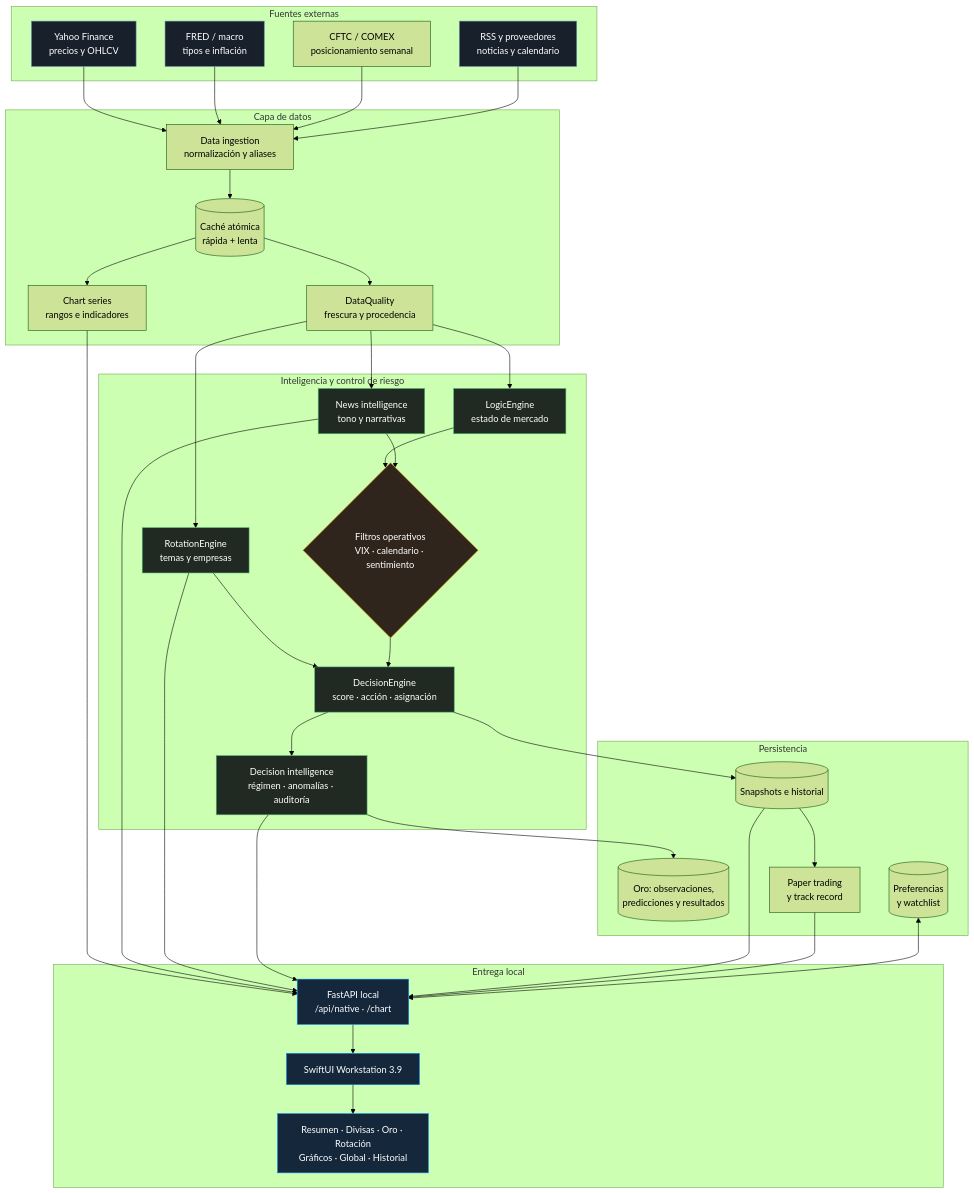
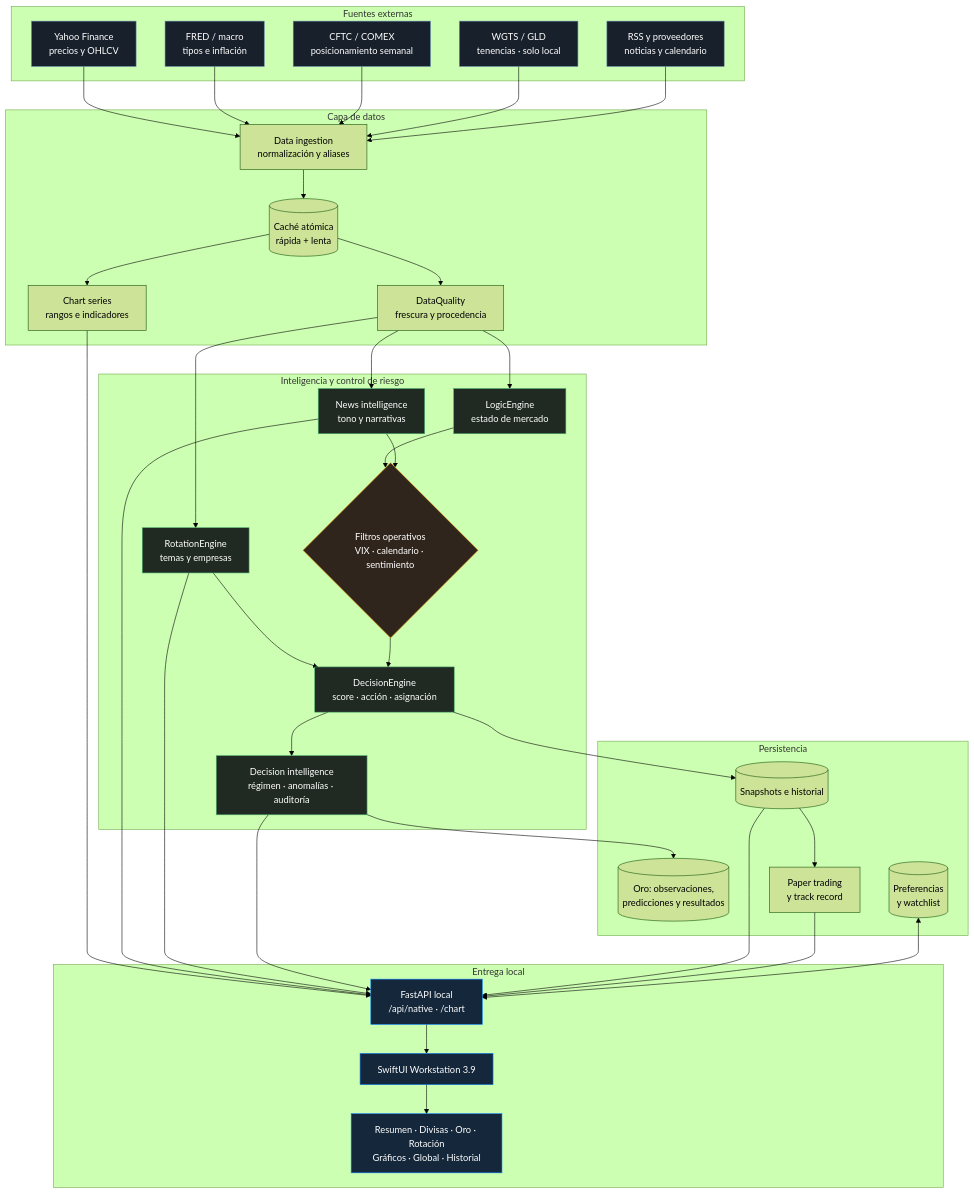
The diagram in README.md (MarcOrtiz21/NEXUS), drawn with Mermaid (forest theme) before and after one commit. The commit also changed other lines of this file and 16 other files, not shown here.

````diff
--- a/README.md
+++ b/README.md
@@ -115,72 +120,74 @@
 ```mermaid
 flowchart TB
     subgraph sources["Fuentes externas"]
         YF["Yahoo Finance<br/>precios y OHLCV"]
         FRED["FRED / macro<br/>tipos e inflación"]
         CFTC["CFTC / COMEX<br/>posicionamiento semanal"]
+        GLDH["WGTS / GLD<br/>tenencias · solo local"]
         RSS["RSS y proveedores<br/>noticias y calendario"]
     end
 
     subgraph data["Capa de datos"]
         ING["Data ingestion<br/>normalización y aliases"]
         CACHE[("Caché atómica<br/>rápida + lenta")]
         QUALITY["DataQuality<br/>frescura y procedencia"]
         SERIES["Chart series<br/>rangos e indicadores"]
     end
 
     subgraph intelligence["Inteligencia y control de riesgo"]
         LOGIC["LogicEngine<br/>estado de mercado"]
         RISK{"Filtros operativos<br/>VIX · calendario · sentimiento"}
         ROTATION["RotationEngine<br/>temas y empresas"]
         NEWS["News intelligence<br/>tono y narrativas"]
         DECISION["DecisionEngine<br/>score · acción · asignación"]
         EXPLAIN["Decision intelligence<br/>régimen · anomalías · auditoría"]
     end
 
     subgraph persistence["Persistencia"]
         HISTORY[("Snapshots e historial")]
         GOLDHISTORY[("Oro: observaciones,<br/>predicciones y resultados")]
         PAPER["Paper trading<br/>y track record"]
         SETTINGS[("Preferencias<br/>y watchlist")]
     end
 
     subgraph delivery["Entrega local"]
         API["FastAPI local<br/>/api/native · /chart"]
         UI["SwiftUI Workstation 3.9"]
         VIEWS["Resumen · Divisas · Oro · Rotación<br/>Gráficos · Global · Historial"]
     end
 
     YF --> ING
     FRED --> ING
     CFTC --> ING
+    GLDH --> ING
     RSS --> ING
     ING --> CACHE --> QUALITY
     CACHE --> SERIES
     QUALITY --> LOGIC
     QUALITY --> ROTATION
     QUALITY --> NEWS
     LOGIC --> RISK
     NEWS --> RISK
     ROTATION --> DECISION
     RISK --> DECISION
     DECISION --> EXPLAIN
     EXPLAIN --> GOLDHISTORY
     DECISION --> HISTORY --> PAPER
     SERIES --> API
     NEWS --> API
     ROTATION --> API
     EXPLAIN --> API
     HISTORY --> API
     PAPER --> API
     SETTINGS <--> API
     API --> UI --> VIEWS
 
     classDef source fill:#18202b,stroke:#5e81ac,color:#fff;
     classDef engine fill:#202a22,stroke:#4caf70,color:#fff;
     classDef gate fill:#30251c,stroke:#ff9f0a,color:#fff;
     classDef app fill:#14273b,stroke:#0a84ff,color:#fff;
-    class YF,FRED,RSS source;
+    class YF,FRED,CFTC,GLDH,RSS source;
     class LOGIC,ROTATION,NEWS,DECISION,EXPLAIN engine;
     class RISK gate;
     class API,UI,VIEWS app;
 ```
````
